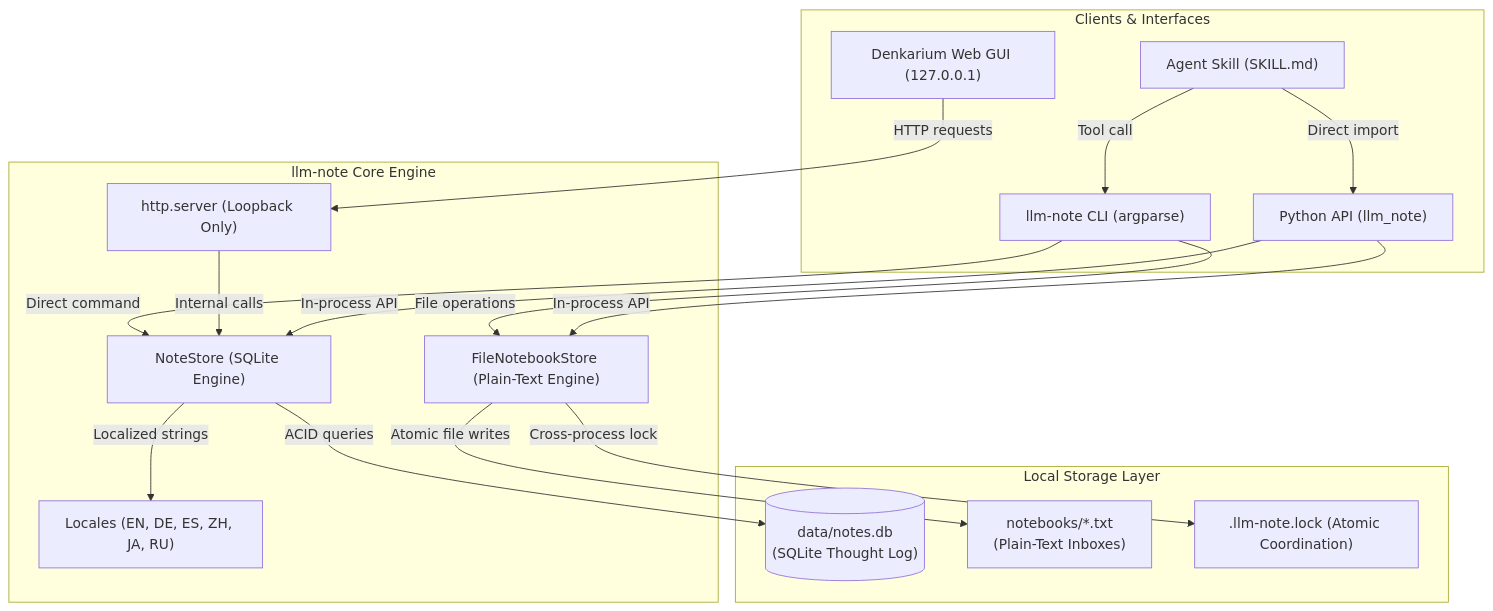
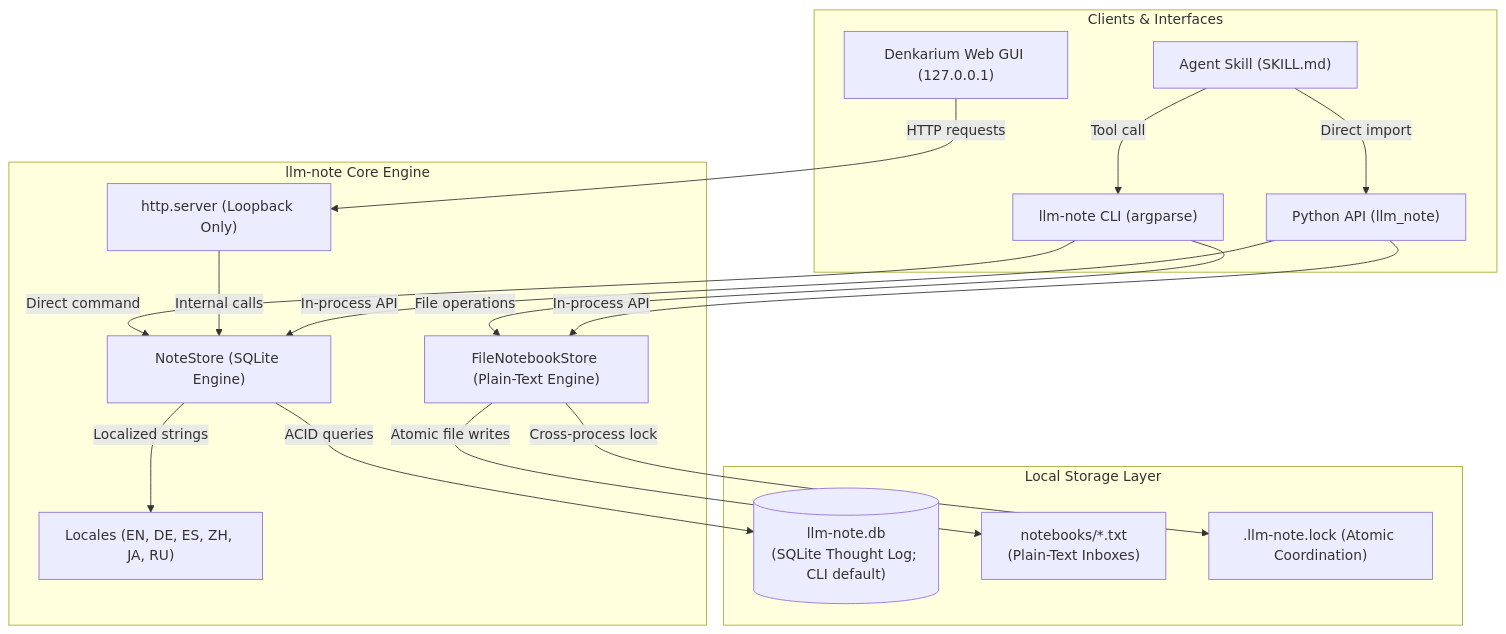
One commit to doc-bricks/llm-note changed the first of 2 diagrams in README.md. Above: the diagram before and after it, drawn with Mermaid. The commit also changed other lines of this file and 14 other files, not shown here.

````diff
--- a/README.md
+++ b/README.md
@@ -99,36 +94,36 @@
 ```mermaid
 graph TD
     subgraph Clients["Clients & Interfaces"]
         CLI["llm-note CLI (argparse)"]
         GUI["Denkarium Web GUI (127.0.0.1)"]
         PyAPI["Python API (llm_note)"]
         Skill["Agent Skill (SKILL.md)"]
     end
 
     subgraph CoreEngine["llm-note Core Engine"]
         NoteStore["NoteStore (SQLite Engine)"]
         FileStore["FileNotebookStore (Plain-Text Engine)"]
         HTTP["http.server (Loopback Only)"]
         I18N["Locales (EN, DE, ES, ZH, JA, RU)"]
     end
 
     subgraph LocalStorage["Local Storage Layer"]
-        DB[("data/notes.db<br/>(SQLite Thought Log)")]
+        DB[("llm-note.db<br/>(SQLite Thought Log; CLI default)")]
         Notebooks["notebooks/*.txt<br/>(Plain-Text Inboxes)"]
         LockFile[".llm-note.lock (Atomic Coordination)"]
     end
 
     CLI -->|"Direct command"| NoteStore
     CLI -->|"File operations"| FileStore
     GUI -->|"HTTP requests"| HTTP
     HTTP -->|"Internal calls"| NoteStore
     PyAPI -->|"In-process API"| NoteStore
     PyAPI -->|"In-process API"| FileStore
     Skill -->|"Tool call"| CLI
     Skill -->|"Direct import"| PyAPI
 
     NoteStore -->|"ACID queries"| DB
     NoteStore -->|"Localized strings"| I18N
     FileStore -->|"Atomic file writes"| Notebooks
     FileStore -->|"Cross-process lock"| LockFile
 ```
````
